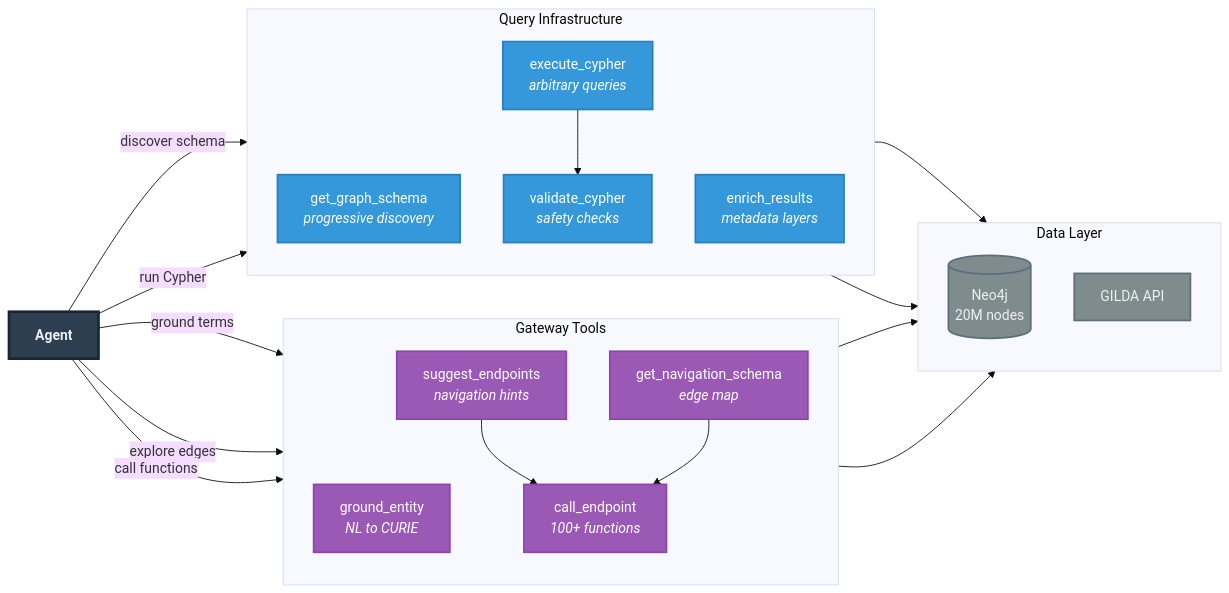
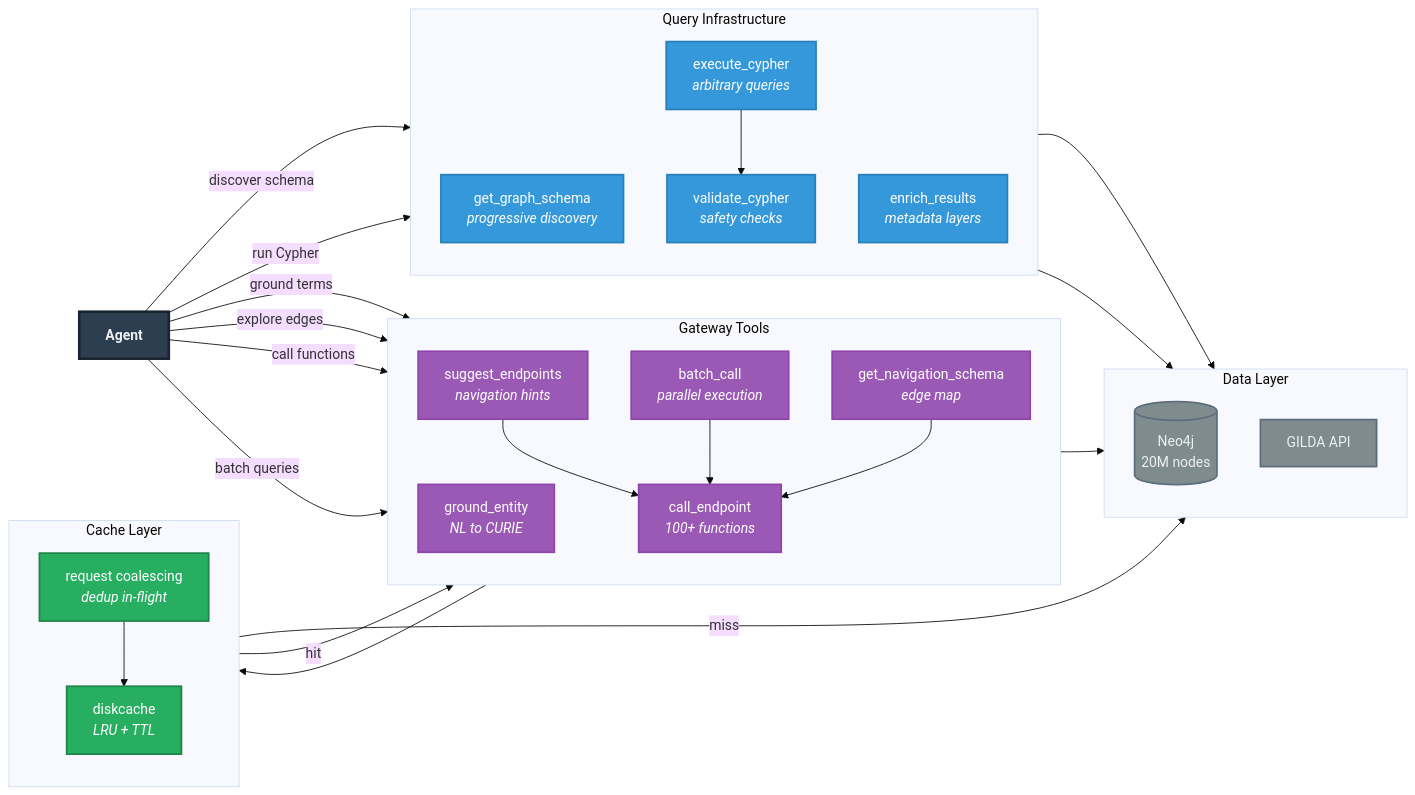
The diagram in README.md (gyorilab/indra_agent), drawn with Mermaid (base theme) before and after one commit. The commit also changed other lines of this file, not shown here.

````diff
--- a/README.md
+++ b/README.md
@@ -143,51 +149,66 @@
 ```mermaid
 flowchart LR
     Agent["Agent"]
 
     subgraph Gateway["Gateway Tools"]
         direction TB
         Ground["ground_entity<br/><i>NL to CURIE</i>"]
         Suggest["suggest_endpoints<br/><i>navigation hints</i>"]
         Call["call_endpoint<br/><i>100+ functions</i>"]
         NavSchema["get_navigation_schema<br/><i>edge map</i>"]
+        Batch["batch_call<br/><i>parallel execution</i>"]
     end
 
     subgraph Core["Query Infrastructure"]
         direction TB
         Schema["get_graph_schema<br/><i>progressive discovery</i>"]
         Execute["execute_cypher<br/><i>arbitrary queries</i>"]
         Validate["validate_cypher<br/><i>safety checks</i>"]
         Enrich["enrich_results<br/><i>metadata layers</i>"]
+    end
+
+    subgraph Cache["Cache Layer"]
+        direction TB
+        DiskCache["diskcache<br/><i>LRU + TTL</i>"]
+        Coalesce["request coalescing<br/><i>dedup in-flight</i>"]
     end
 
     subgraph Data["Data Layer"]
         direction TB
         Neo[("Neo4j<br/>20M nodes")]
         GILDA["GILDA API"]
     end
 
     Agent -->|"ground terms"| Ground
     Agent -->|"explore edges"| Suggest
     Agent -->|"call functions"| Call
+    Agent -->|"batch queries"| Batch
     Agent -->|"discover schema"| Schema
     Agent -->|"run Cypher"| Execute
 
     Ground --> GILDA
     Suggest --> Call
-    Call --> Neo
+    Call --> DiskCache
+    Batch --> Call
     NavSchema --> Call
+
+    DiskCache -->|"miss"| Neo
+    DiskCache -->|"hit"| Call
+    Coalesce --> DiskCache
 
     Schema --> Neo
     Execute --> Validate
     Validate --> Neo
 
     classDef agent fill:#2C3E50,stroke:#1A252F,stroke-width:3px,color:#ECF0F1,font-weight:bold
     classDef gateway fill:#9B59B6,stroke:#8E44AD,stroke-width:2px,color:#FFFFFF
     classDef core fill:#3498DB,stroke:#2980B9,stroke-width:2px,color:#FFFFFF
+    classDef cache fill:#27AE60,stroke:#1E8449,stroke-width:2px,color:#FFFFFF
     classDef data fill:#7F8C8D,stroke:#5D6D7E,stroke-width:2px,color:#ECF0F1
 
     class Agent agent
-    class Ground,Suggest,Call,NavSchema gateway
+    class Ground,Suggest,Call,NavSchema,Batch gateway
     class Schema,Execute,Validate,Enrich core
+    class DiskCache,Coalesce cache
     class Neo,GILDA data
 ```
````
